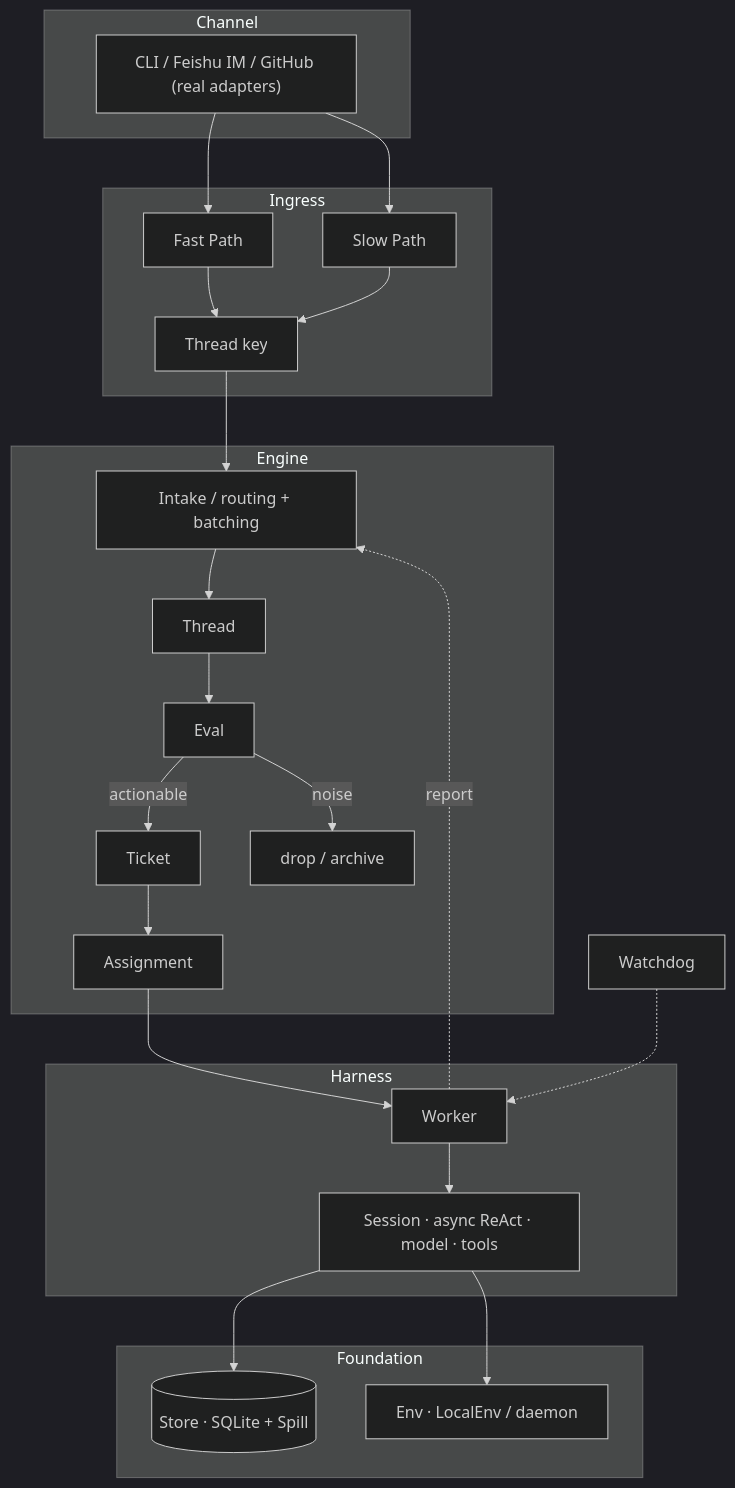
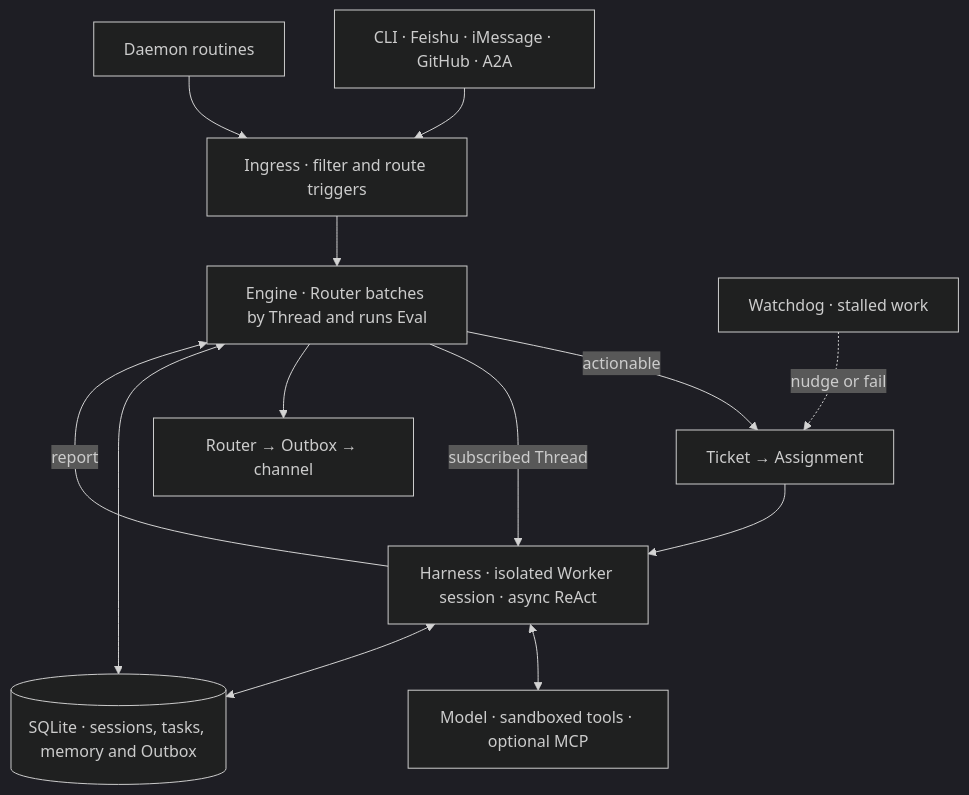
One commit to LofiSu/dsh-super-agent changed the diagram in README.md. Above: the diagram before and after it, drawn with Mermaid (dark theme). The commit also changed other lines of this file and 293 other files, not shown here.

````diff
--- a/README.md
+++ b/README.md
@@ -229,46 +27,25 @@
 ```mermaid
-flowchart TB
-  subgraph Channels["Channel"]
-    C1["CLI / Feishu IM / GitHub (real adapters)"]
-  end
+flowchart TD
+  Sources["CLI · Feishu · iMessage · GitHub · A2A"]
+  Routines["Daemon routines"]
+  Ingress["Ingress · filter and route triggers"]
+  Router["Engine · Router batches by Thread and runs Eval"]
+  Assign["Ticket → Assignment"]
+  Worker["Harness · isolated Worker session · async ReAct"]
+  Tools["Model · sandboxed tools · optional MCP"]
+  Store[("SQLite · sessions, tasks, memory and Outbox")]
+  Watchdog["Watchdog · stalled work"]
+  Outbox["Router → Outbox → channel"]
 
-  subgraph Ingress["Ingress"]
-    Fast[Fast Path]
-    Slow[Slow Path]
-    Fast --> TK[Thread key]
-    Slow --> TK
-  end
-
-  subgraph Engine["Engine"]
-    Intake[Intake / routing + batching]
-    Thread[Thread]
-    Eval[Eval]
-    Ticket[Ticket]
-    Assign[Assignment]
-    Intake --> Thread --> Eval
-    Eval -->|actionable| Ticket --> Assign
-    Eval -->|noise| Drop[drop / archive]
-  end
-
-  subgraph Harness["Harness"]
-    Sess[Session · async ReAct · model · tools]
-    Worker[Worker]
-    Assign --> Worker
-    Worker --> Sess
-  end
-
-  subgraph Bottom["Foundation"]
-    Store[(Store · SQLite + Spill)]
-    Env[Env · LocalEnv / daemon]
-  end
-
-  WD[Watchdog]
-
-  C1 --> Fast
-  C1 --> Slow
-  TK --> Intake
-  Sess --> Store
-  Sess --> Env
-  Worker -.->|report| Intake
-  WD -.-> Worker
+  Sources --> Ingress
+  Routines --> Ingress
+  Ingress --> Router
+  Router -->|actionable| Assign --> Worker
+  Router -->|subscribed Thread| Worker
+  Worker <--> Tools
+  Worker -->|report| Router
+  Router --> Outbox
+  Router <--> Store
+  Worker <--> Store
+  Watchdog -.->|nudge or fail| Assign
 ```
````
